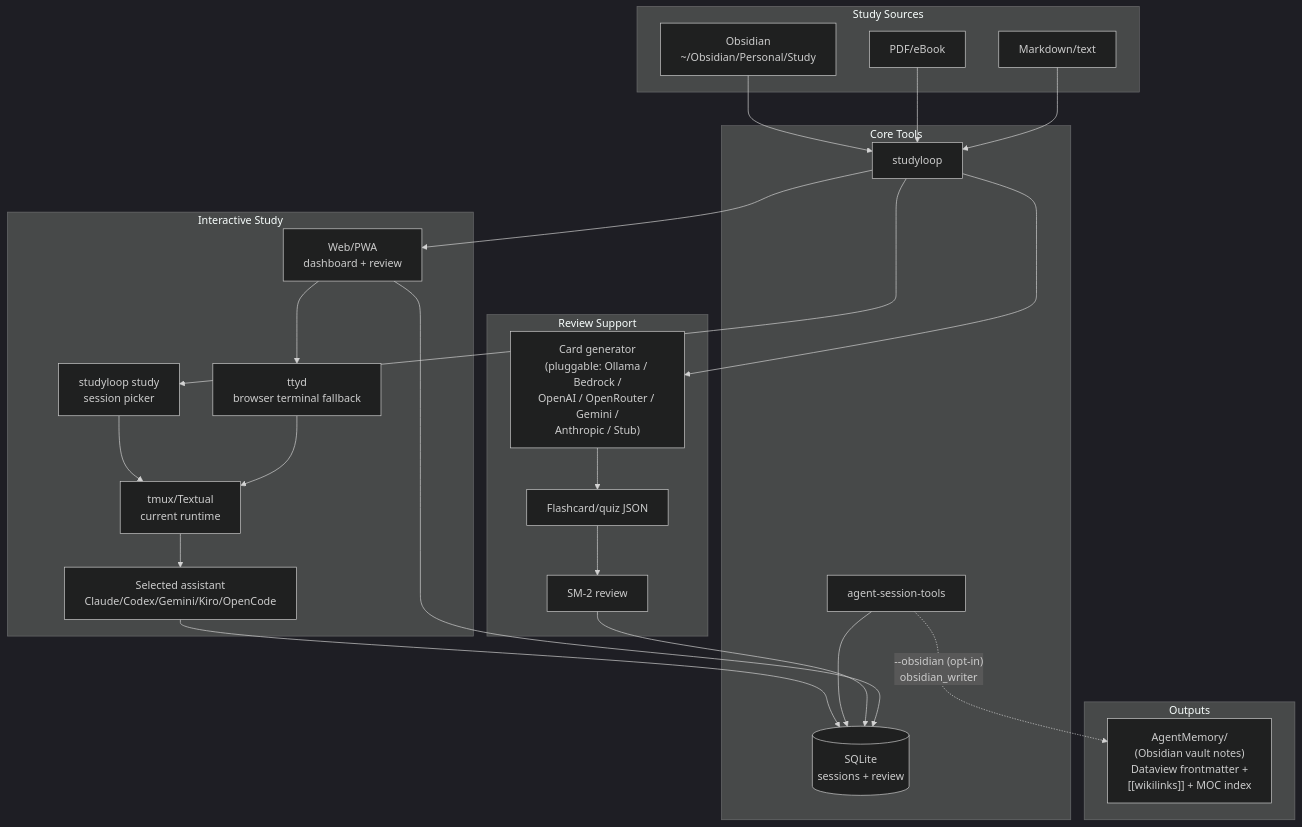
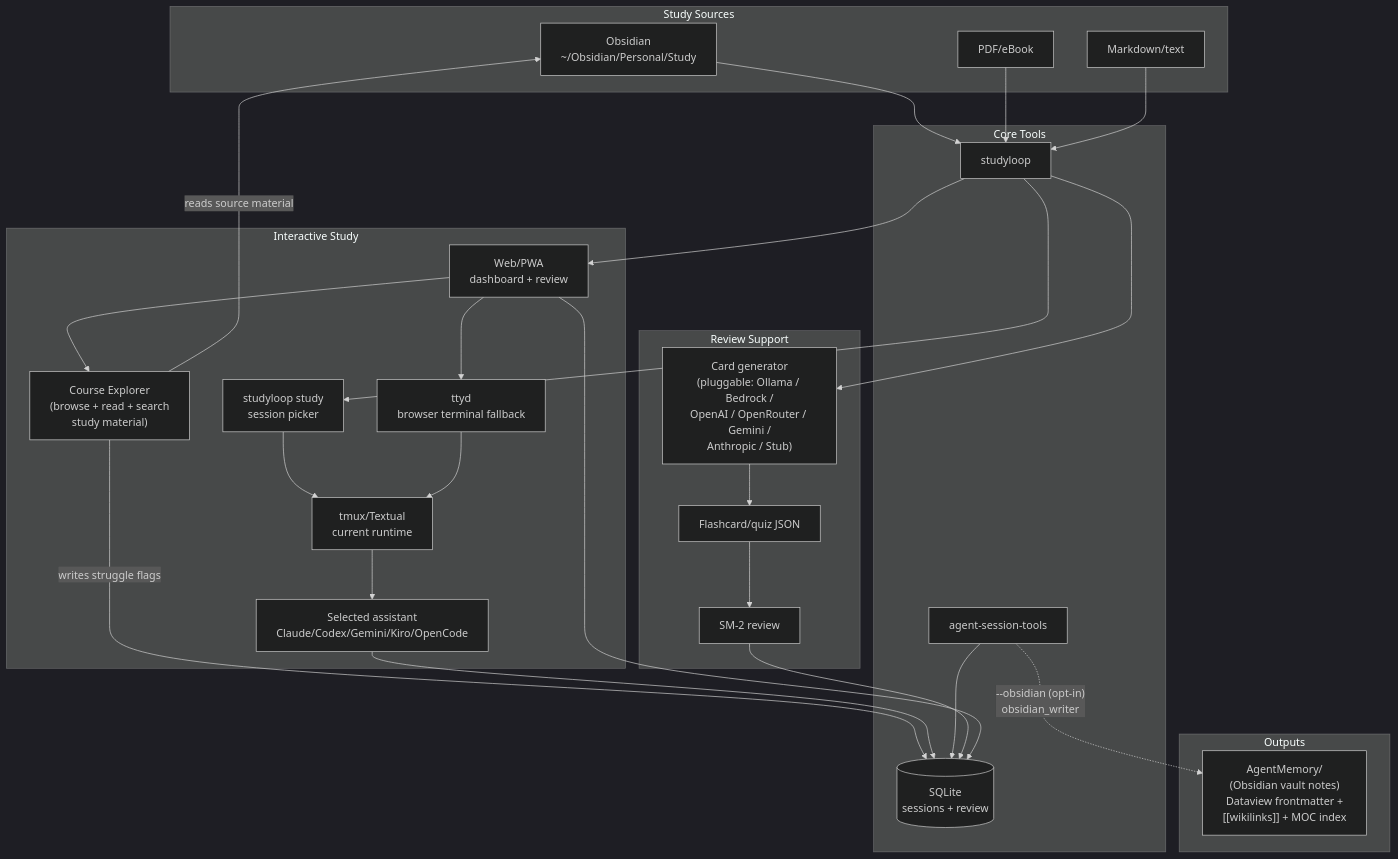
The first of 4 diagrams in docs/system-overview.md (NetDevAutomate/StudyLoop), drawn with Mermaid (dark theme) before and after one commit. The commit also changed other lines of this file and 3 other files, not shown here.

First line of the commit message:
docs: document course explorer across user + architecture docs (C4)

````diff
--- a/docs/system-overview.md
+++ b/docs/system-overview.md
@@ -14,50 +14,54 @@
 ```mermaid
 flowchart TB
     subgraph "Study Sources"
         Obsidian["Obsidian<br/>~/Obsidian/Personal/Study"]
         PDF["PDF/eBook"]
         Text["Markdown/text"]
     end
 
     subgraph "Core Tools"
         Studyctl["studyloop"]
         AST["agent-session-tools"]
         DB[("SQLite<br/>sessions + review")]
     end
 
     subgraph "Interactive Study"
         Picker["studyloop study<br/>session picker"]
         Agent["Selected assistant<br/>Claude/Codex/Gemini/Kiro/OpenCode"]
         Tmux["tmux/Textual<br/>current runtime"]
         Web["Web/PWA<br/>dashboard + review"]
+        Explorer["Course Explorer<br/>(browse + read + search<br/>study material)"]
         TTYD["ttyd<br/>browser terminal fallback"]
     end
 
     subgraph "Review Support"
         Generator["Card generator<br/>(pluggable: Ollama / Bedrock /<br/>OpenAI / OpenRouter / Gemini /<br/>Anthropic / Stub)"]
         JSON["Flashcard/quiz JSON"]
         Review["SM-2 review"]
     end
 
     subgraph "Outputs"
         AgentMemory["AgentMemory/<br/>(Obsidian vault notes)<br/>Dataview frontmatter +<br/>[[wikilinks]] + MOC index"]
     end
 
     Obsidian --> Studyctl
     PDF --> Studyctl
     Text --> Studyctl
     Studyctl --> Picker
     Picker --> Tmux
     Tmux --> Agent
     Studyctl --> Web
     Web --> TTYD
+    Web --> Explorer
+    Explorer -->|"reads source material"| Obsidian
+    Explorer -->|"writes struggle flags"| DB
     TTYD --> Tmux
     Agent --> DB
     AST --> DB
     AST -.->|"--obsidian (opt-in)<br/>obsidian_writer"| AgentMemory
     Studyctl --> Generator
     Generator --> JSON
     JSON --> Review
     Review --> DB
     Web --> DB
 ```
````
